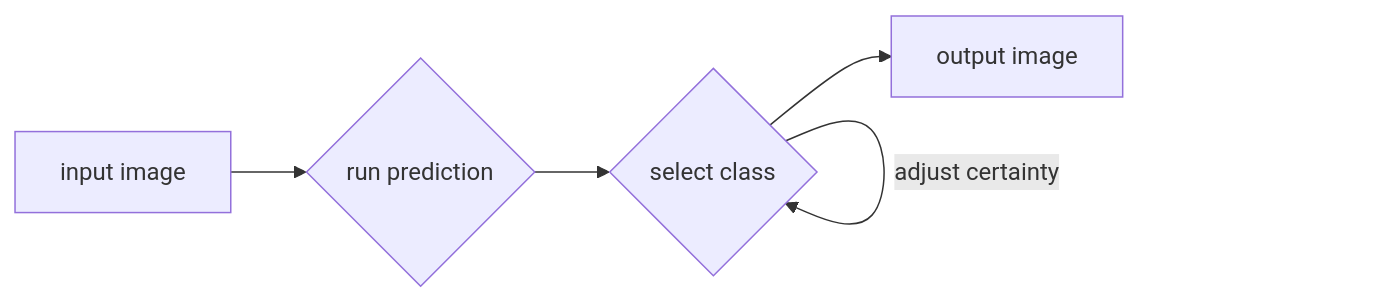
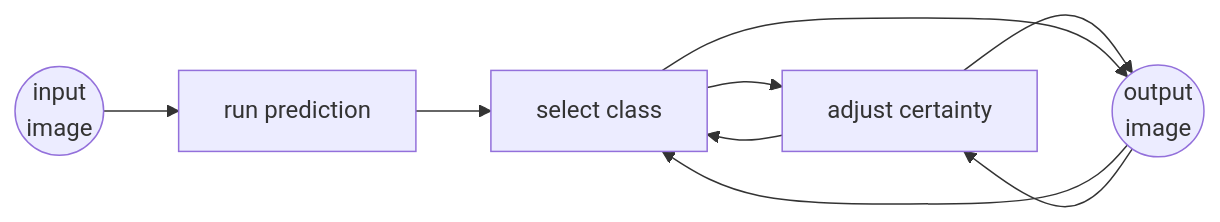
The diagram in GUI/README.md (ForMaLTeC/RifNet2), drawn with Mermaid before and after one commit.

Commit message:
README update

````diff
--- a/GUI/README.md
+++ b/GUI/README.md
@@ -7,7 +7,11 @@
 ```mermaid
-graph LR
-A[input image] --> B{run prediction} 
-B  --> C{select class}
-C -- adjust certainty --> C
-C --> D[output image]
+flowchart LR
+A((input <br> image)) --> B[run prediction]
+B --> C[select class]
+C --> D[adjust certainty]
+D --> E((output <br> image))
+C --> E
+E --> C
+E --> D
+D --> C
 ```
````
